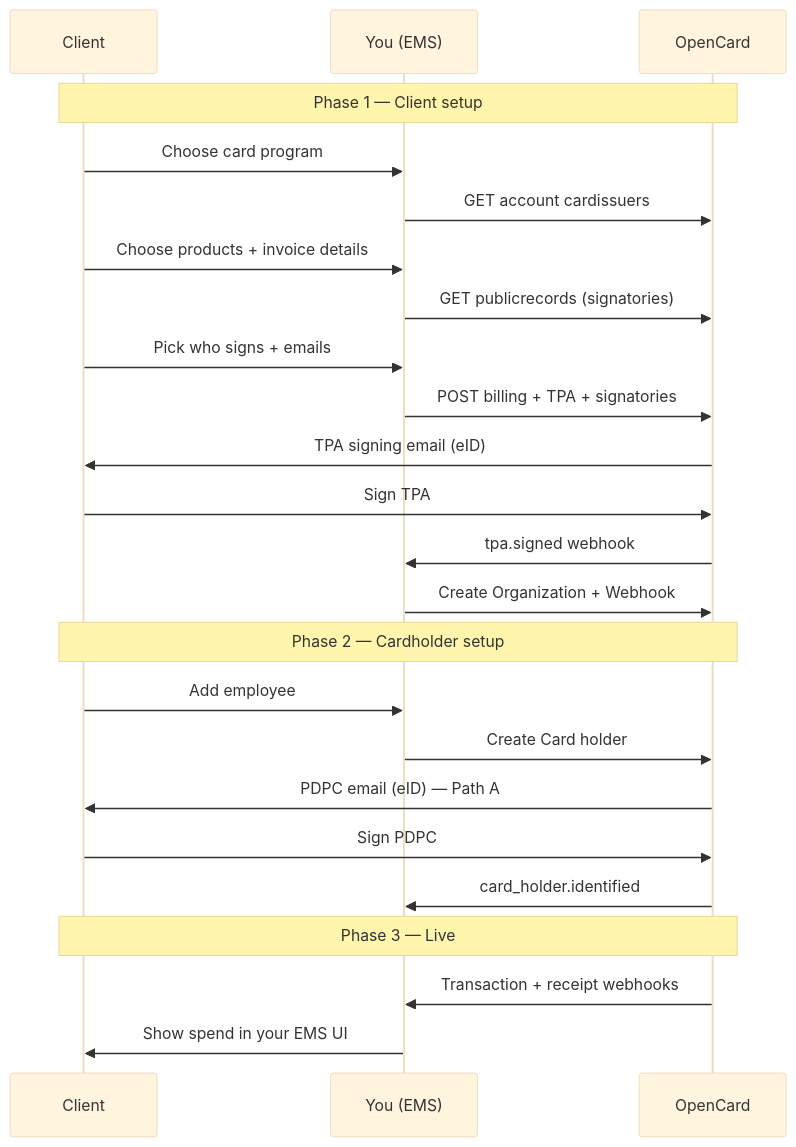
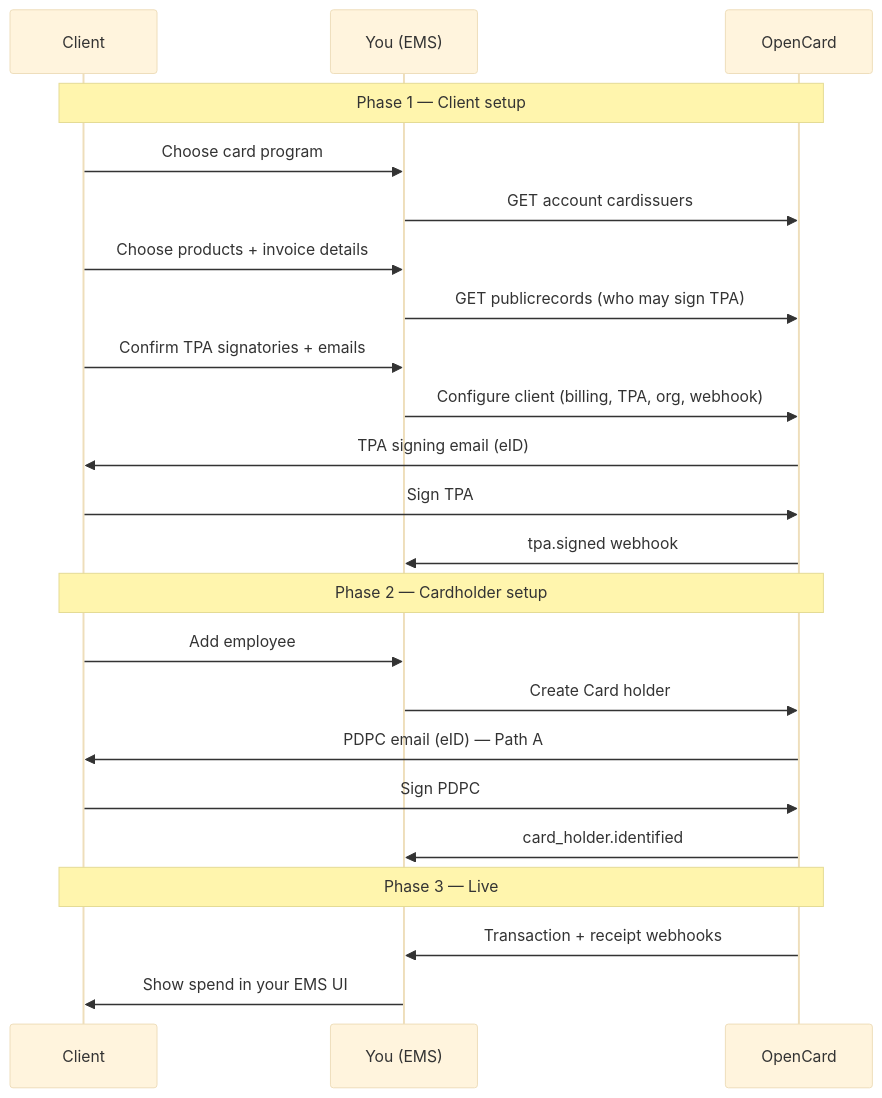
The first of 2 diagrams in ems/customer-onboarding.mdx (marc-opencard/developers.opencard.io), drawn with Mermaid (base theme) before and after one commit. The commit also changed other lines of this file, not shown here.

Commit message:
Widen product field column and align sequence with configure-client step.

````diff
--- a/ems/customer-onboarding.mdx
+++ b/ems/customer-onboarding.mdx
@@ -24,29 +24,28 @@
 ```mermaid
 sequenceDiagram
     participant Client as Client
     participant You as You (EMS)
     participant OC as OpenCard
 
     Note over Client,OC: Phase 1 — Client setup
     Client->>You: Choose card program
     You->>OC: GET account cardissuers
     Client->>You: Choose products + invoice details
-    You->>OC: GET publicrecords (signatories)
-    Client->>You: Pick who signs + emails
-    You->>OC: POST billing + TPA + signatories
+    You->>OC: GET publicrecords (who may sign TPA)
+    Client->>You: Confirm TPA signatories + emails
+    You->>OC: Configure client (billing, TPA, org, webhook)
     OC->>Client: TPA signing email (eID)
     Client->>OC: Sign TPA
     OC->>You: tpa.signed webhook
-    You->>OC: Create Organization + Webhook
 
     Note over Client,OC: Phase 2 — Cardholder setup
     Client->>You: Add employee
     You->>OC: Create Card holder
     OC->>Client: PDPC email (eID) — Path A
     Client->>OC: Sign PDPC
     OC->>You: card_holder.identified
 
     Note over Client,OC: Phase 3 — Live
     OC->>You: Transaction + receipt webhooks
     You->>Client: Show spend in your EMS UI
 ```
````
